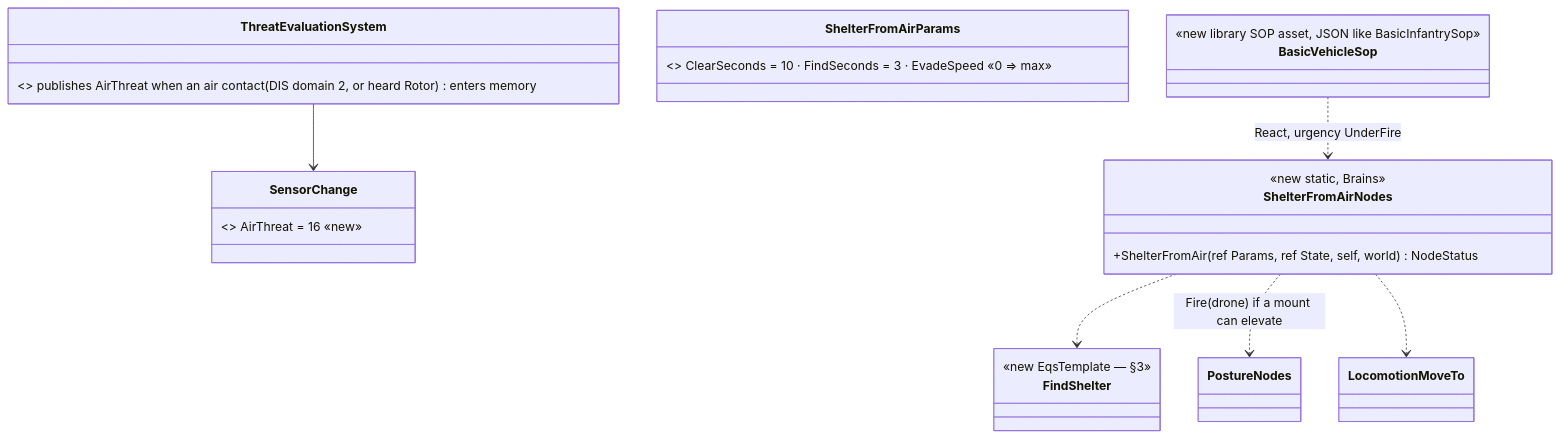
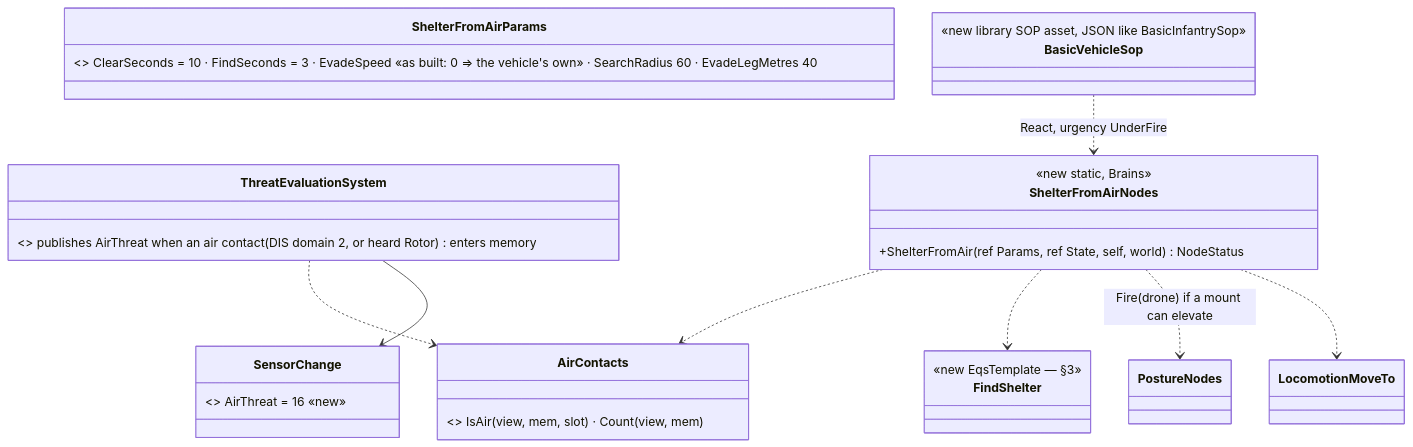
Before and after one commit to pjanec/HROT: the sixth of 7 diagrams in docs/designs/vehicle-tactics/DESIGN_Vehicle_Exposure_Cycle.md, drawn with Mermaid. The commit also changed other lines of this file and 20 other files, not shown here.

First line of the commit message:
CE-2165 V8: the AirThreat sense, ShelterFromAir, BasicVehicleSop

````diff
--- a/docs/designs/vehicle-tactics/DESIGN_Vehicle_Exposure_Cycle.md
+++ b/docs/designs/vehicle-tactics/DESIGN_Vehicle_Exposure_Cycle.md
@@ -362,17 +362,20 @@
 ```mermaid
 classDiagram
   class SensorChange { <<enum, existing, grows>> AirThreat = 16 «new» }
   class ThreatEvaluationSystem { <<existing, grows>> publishes AirThreat when an air contact (DIS domain 2, or heard Rotor) enters memory }
   class ShelterFromAirNodes {
     <<new static, Brains>>
     +ShelterFromAir(ref Params, ref State, self, world) NodeStatus
   }
-  class ShelterFromAirParams { <<new ParamsDto>> ClearSeconds = 10 · FindSeconds = 3 · EvadeSpeed  «0 ⇒ max» }
+  class ShelterFromAirParams { <<new ParamsDto>> ClearSeconds = 10 · FindSeconds = 3 · EvadeSpeed «as built: 0 ⇒ the vehicle's own» · SearchRadius 60 · EvadeLegMetres 40 }
+  class AirContacts { <<new, as built — Perception>> IsAir(view, mem, slot) · Count(view, mem) }
+  ThreatEvaluationSystem ..> AirContacts
+  ShelterFromAirNodes ..> AirContacts
   class BasicVehicleSop { <<new library SOP asset, JSON like BasicInfantrySop>> }
   class FindShelter { <<new EqsTemplate — §3>> }
   ShelterFromAirNodes ..> FindShelter
   ShelterFromAirNodes ..> PostureNodes : Fire(drone) if a mount can elevate
   ShelterFromAirNodes ..> LocomotionMoveTo
   BasicVehicleSop ..> ShelterFromAirNodes : React, urgency UnderFire
   ThreatEvaluationSystem --> SensorChange
 ```
````
